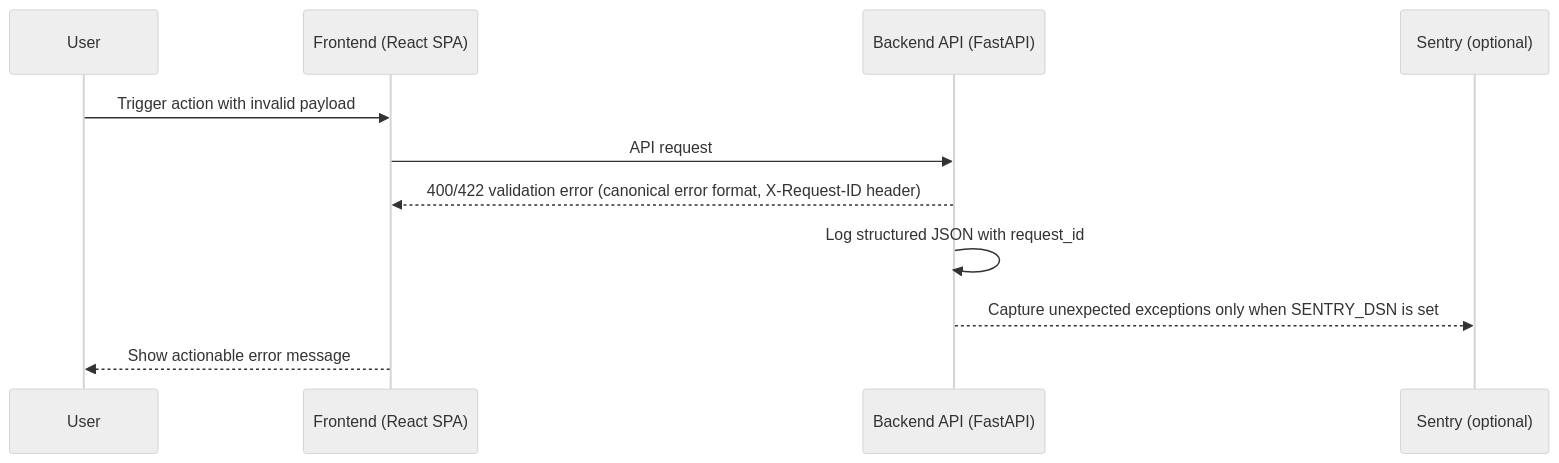
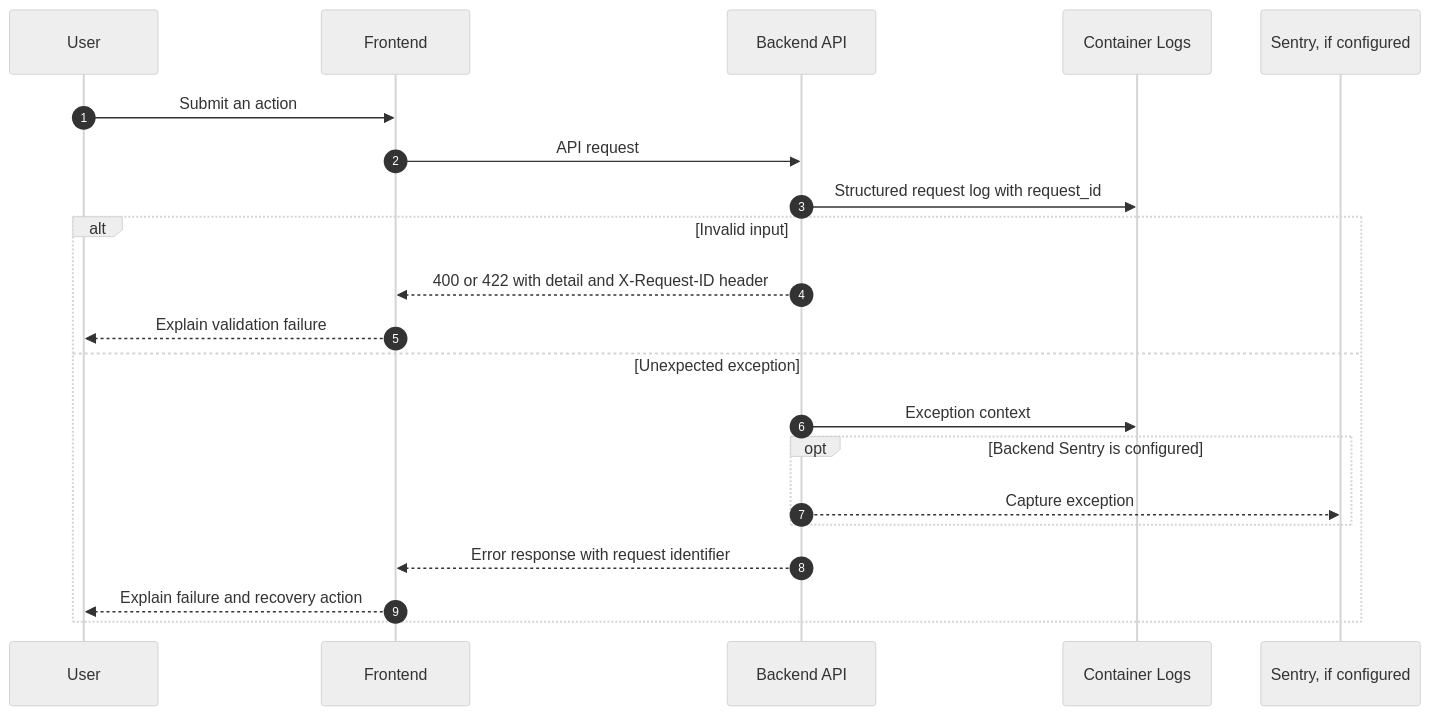
Before and after one commit to alonsovndev/open-projects-hub-docs: the fifth of 13 diagrams in docs/03-architecture/diagrams/sequence-diagrams.md, drawn with Mermaid (neutral theme). The commit also changed other lines of this file and 63 other files, not shown here.

````diff
--- a/docs/03-architecture/diagrams/sequence-diagrams.md
+++ b/docs/03-architecture/diagrams/sequence-diagrams.md
@@ -122,14 +135,24 @@
 ```mermaid
 sequenceDiagram
+    autonumber
     participant User
-    participant FE as Frontend (React SPA)
-    participant BE as Backend API (FastAPI)
-    participant Sentry as Sentry (optional)
+    participant FE as Frontend
+    participant BE as Backend API
+    participant Logs as Container Logs
+    participant Sentry as Sentry, if configured
 
-    User->>FE: Trigger action with invalid payload
+    User->>FE: Submit an action
     FE->>BE: API request
-    BE-->>FE: 400/422 validation error (canonical error format, X-Request-ID header)
-    BE->>BE: Log structured JSON with request_id
-    BE-->>Sentry: Capture unexpected exceptions only when SENTRY_DSN is set
-    FE-->>User: Show actionable error message
+    BE->>Logs: Structured request log with request_id
+    alt Invalid input
+        BE-->>FE: 400 or 422 with detail and X-Request-ID header
+        FE-->>User: Explain validation failure
+    else Unexpected exception
+        BE->>Logs: Exception context
+        opt Backend Sentry is configured
+            BE-->>Sentry: Capture exception
+        end
+        BE-->>FE: Error response with request identifier
+        FE-->>User: Explain failure and recovery action
+    end
 ```
````
